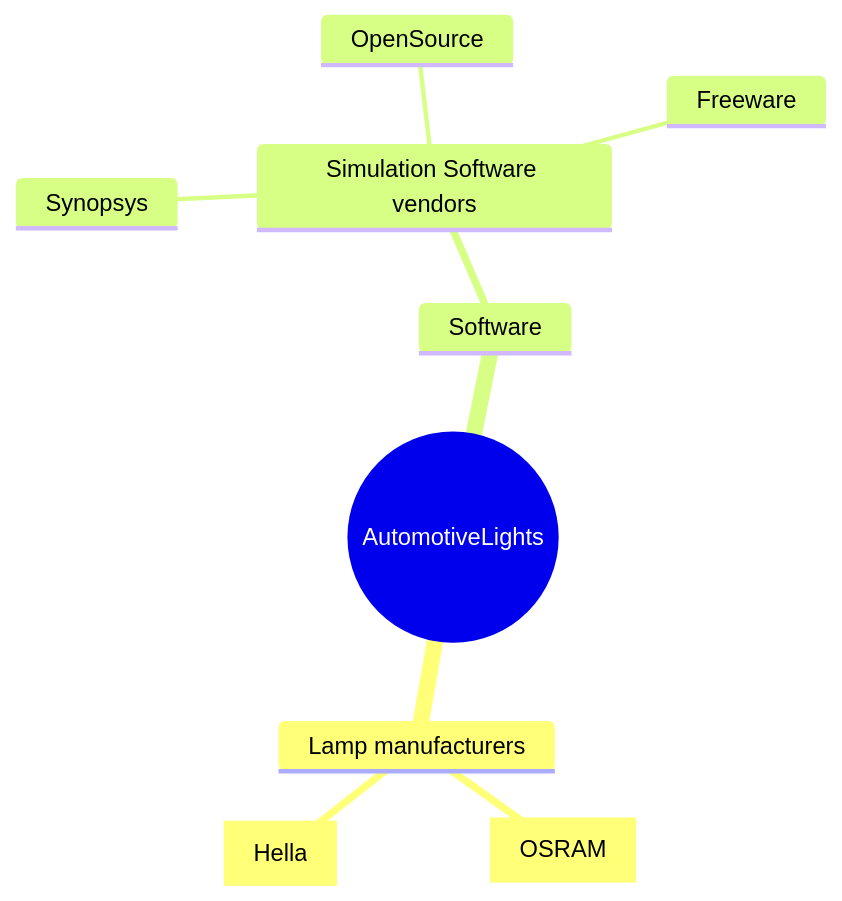
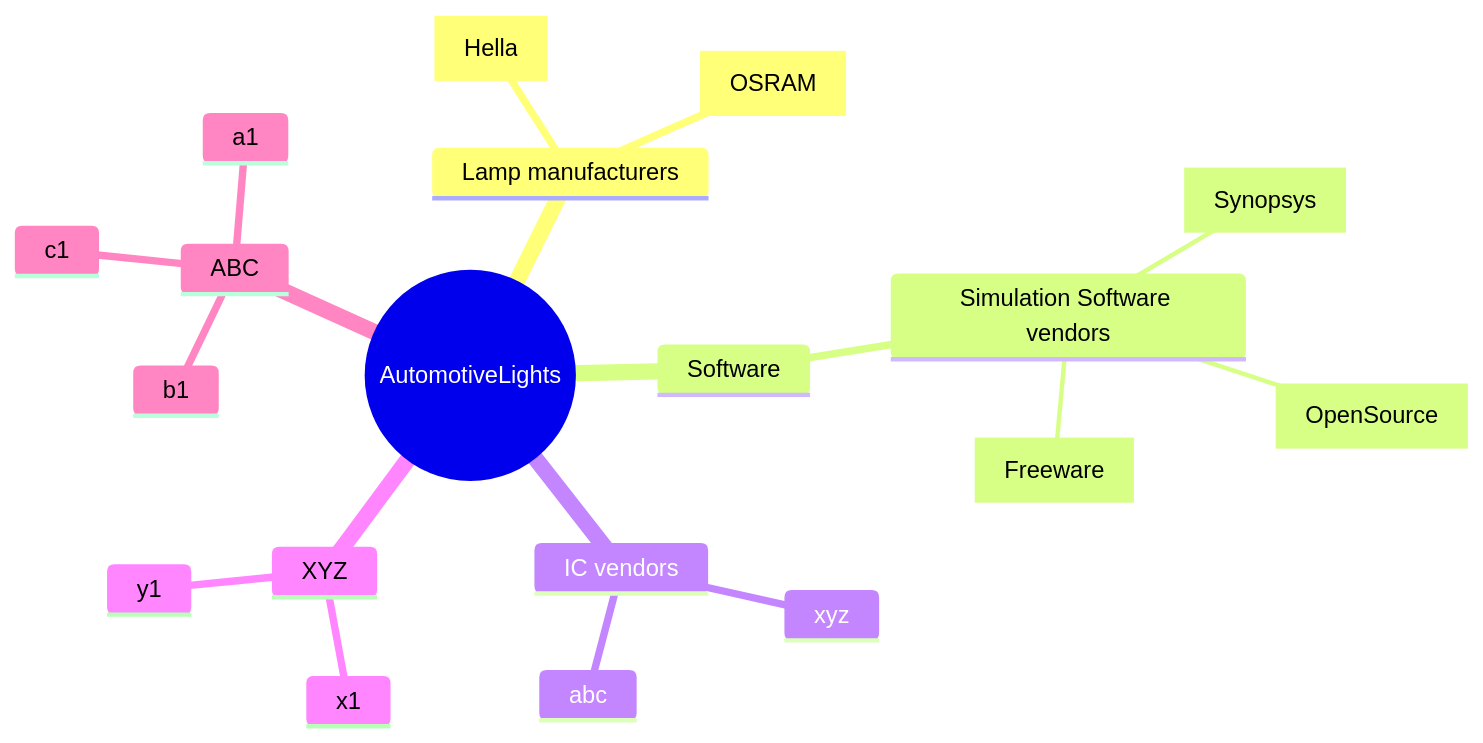
Before and after one commit to kishorekanala/VehicleSim: the second of 2 diagrams in VehicleSystemsReports/VehicleLightingSystem/VehicleLightingSystem.md, drawn with Mermaid. The commit also changed other lines of this file, not shown here.

Commit message:
Apr 1, 2023, 3:13 PM

````diff
--- a/VehicleSystemsReports/VehicleLightingSystem/VehicleLightingSystem.md
+++ b/VehicleSystemsReports/VehicleLightingSystem/VehicleLightingSystem.md
@@ -100,12 +111,22 @@
 ```mermaid
 mindmap
   root((AutomotiveLights))
     Lamp manufacturers
       OSRAM[OSRAM]
       Hella[Hella]
     Software
       Simulation Software vendors
-        Synopsys
-        OpenSource
-        Freeware
+        Synopsys[Synopsys]
+        OpenSource[OpenSource]
+        Freeware[Freeware]
+    IC vendors
+      xyz
+      abc
+    XYZ
+      x1
+      y1
+    ABC
+      a1
+      b1
+      c1
 ```
````
